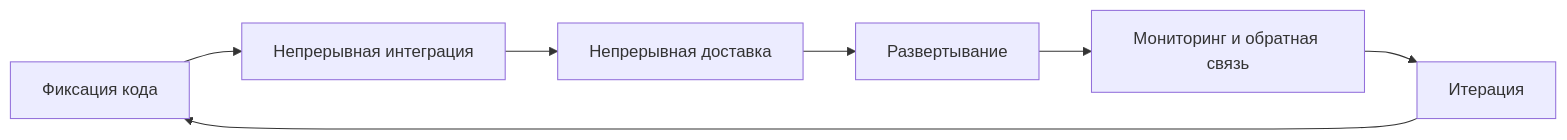
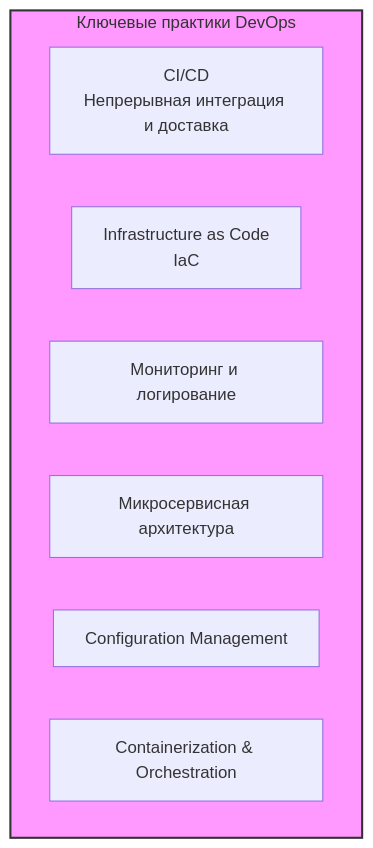
The second of 3 diagrams in Swift/Теория/Архитектурные подходы/Методологии ведения проекта/Методология DevOps.md (NuttyCheese/Obsidian), drawn with Mermaid before and after one commit. The commit also changed other lines of this file and 3 other files, not shown here.

````diff
--- a/Swift/Теория/Архитектурные подходы/Методологии ведения проекта/Методология DevOps.md
+++ b/Swift/Теория/Архитектурные подходы/Методологии ведения проекта/Методология DevOps.md
@@ -28,9 +43,13 @@
 ```mermaid
-flowchart LR
-    A[Фиксация кода] --> B[Непрерывная интеграция]
-    B --> C[Непрерывная доставка]
-    C --> D[Развертывание]
-    D --> E[Мониторинг и обратная связь]
-    E --> F[Итерация]
-    F --> A
+graph TD
+    subgraph Practices [Ключевые практики DevOps]
+        A[CI/CD<br/>Непрерывная интеграция и доставка]
+        B[Infrastructure as Code<br/>IaC]
+        C[Мониторинг и логирование]
+        D[Микросервисная архитектура]
+        E[Configuration Management]
+        F[Containerization & Orchestration]
+    end
+    
+    style Practices fill:#f9f,stroke:#333,stroke-width:2px
 ```
````
